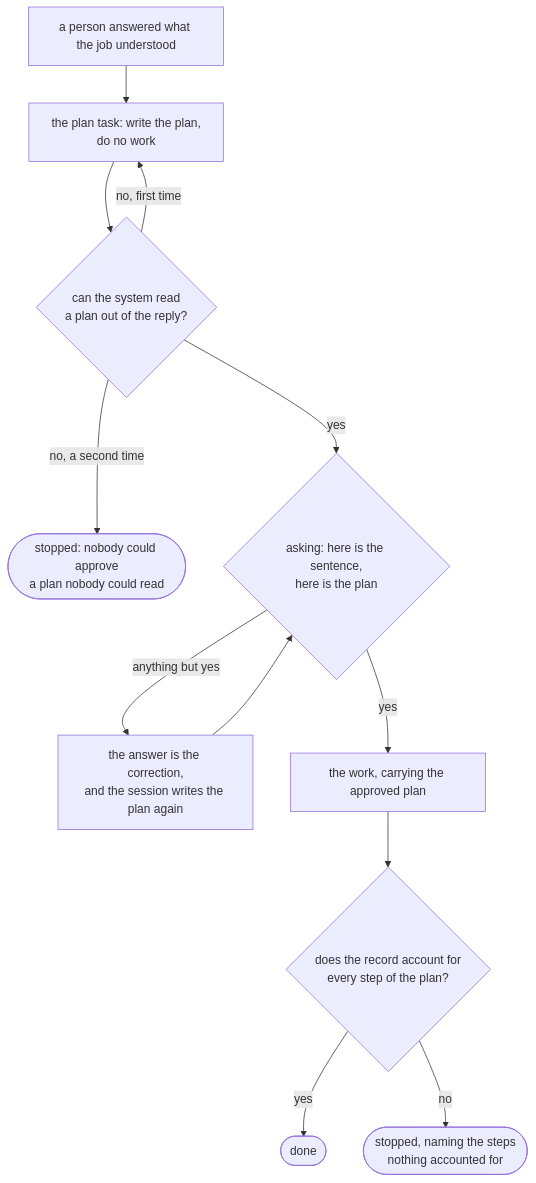
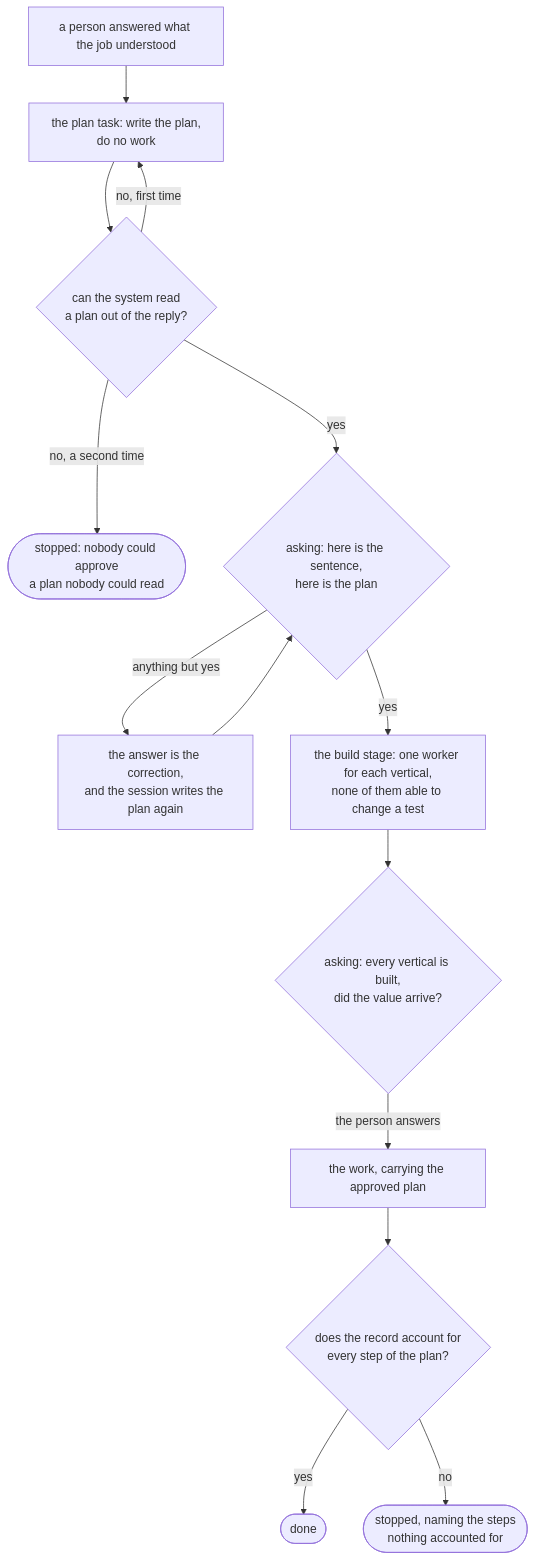
Before and after one commit to atlantic-blue/quay-crew: the fourth of 27 diagrams in docs/ORCHESTRATION.md, drawn with Mermaid. The commit also changed 52 other files, not shown here.

Commit message:
643: feat: the build stage fans out under a boundary nothing can change a test through

````diff
--- a/docs/ORCHESTRATION.md
+++ b/docs/ORCHESTRATION.md
@@ -643,14 +643,16 @@
 ```mermaid
 flowchart TD
     SAID["a person answered what the job understood"] --> PLAN["the plan task: write the plan,<br/>do no work"]
     PLAN --> READ{"can the system read<br/>a plan out of the reply?"}
     READ -->|"no, first time"| PLAN
     READ -->|"no, a second time"| NOPLAN(["stopped: nobody could approve<br/>a plan nobody could read"])
     READ -->|"yes"| ASK{"asking: here is the sentence,<br/>here is the plan"}
     ASK -->|"anything but yes"| AGAIN["the answer is the correction,<br/>and the session writes the plan again"]
     AGAIN --> ASK
-    ASK -->|"yes"| WORK["the work, carrying the approved plan"]
+    ASK -->|"yes"| BUILD["the build stage: one worker for each vertical,<br/>none of them able to change a test"]
+    BUILD --> ACCEPT{"asking: every vertical is built,<br/>did the value arrive?"}
+    ACCEPT -->|"the person answers"| WORK["the work, carrying the approved plan"]
     WORK --> HELD{"does the record account for<br/>every step of the plan?"}
     HELD -->|"yes"| DONE(["done"])
     HELD -->|"no"| DRIFT(["stopped, naming the steps<br/>nothing accounted for"])
 ```
````
